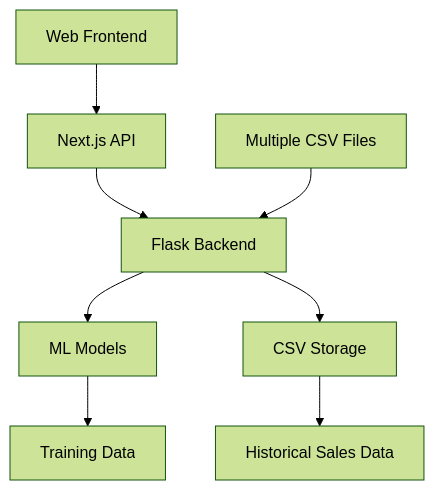
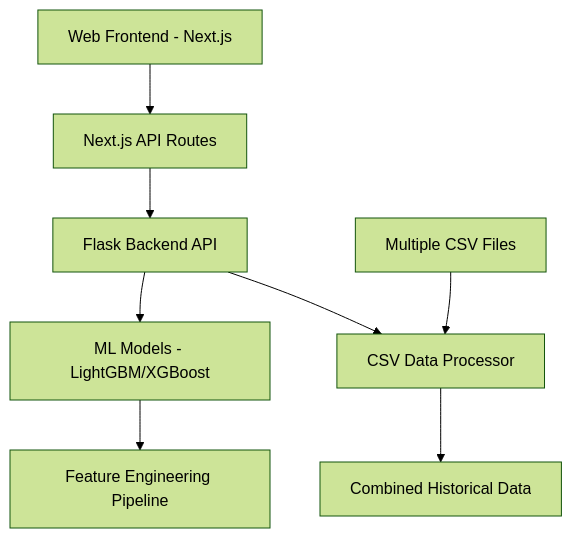
The first of 5 diagrams in README.md (1211307959/FYP02-IS-T2430-0030), drawn with Mermaid (forest theme) before and after one commit. The commit also changed other lines of this file and 149 other files, not shown here.

````diff
--- a/README.md
+++ b/README.md
@@ -20,10 +18,10 @@
 ```mermaid
 graph TD
-    A[Web Frontend] --> B[Next.js API]
-    B --> C[Flask Backend]
-    C --> D[ML Models]
-    D --> E[Training Data]
-    C --> F[CSV Storage]
-    F --> G[Historical Sales Data]
-    H[Multiple CSV Files] --> C
+    A[Web Frontend - Next.js] --> B[Next.js API Routes]
+    B --> C[Flask Backend API]
+    C --> D[ML Models - LightGBM/XGBoost]
+    D --> E[Feature Engineering Pipeline]
+    C --> F[CSV Data Processor]
+    F --> G[Combined Historical Data]
+    H[Multiple CSV Files] --> F
 ```
````
